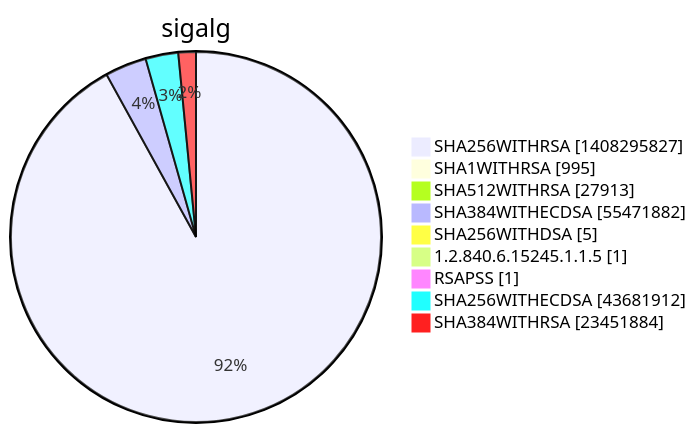
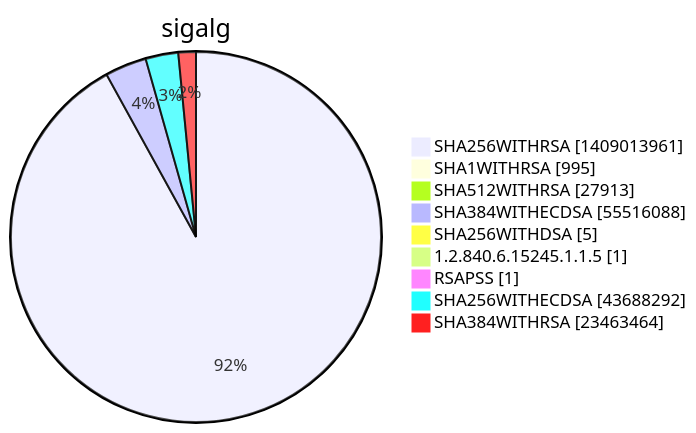
Before and after one commit to christiankrug/ctmonitor_visualization: diagram 15 of 15 in xenon2022/README.md, drawn with Mermaid. The commit also changed other lines of this file, not shown here.

````diff
--- a/xenon2022/README.md
+++ b/xenon2022/README.md
@@ -5857,13 +5858,13 @@
 ```mermaid
 pie showData
 title sigalg
-"SHA256WITHRSA" :1408295827
+"SHA256WITHRSA" :1409013961
 "SHA1WITHRSA" :995
 "SHA512WITHRSA" :27913
-"SHA384WITHECDSA" :55471882
+"SHA384WITHECDSA" :55516088
 "SHA256WITHDSA" :5
 "1.2.840.6.15245.1.1.5" :1
 "RSAPSS" :1
-"SHA256WITHECDSA" :43681912
-"SHA384WITHRSA" :23451884
+"SHA256WITHECDSA" :43688292
+"SHA384WITHRSA" :23463464
 ```
````
